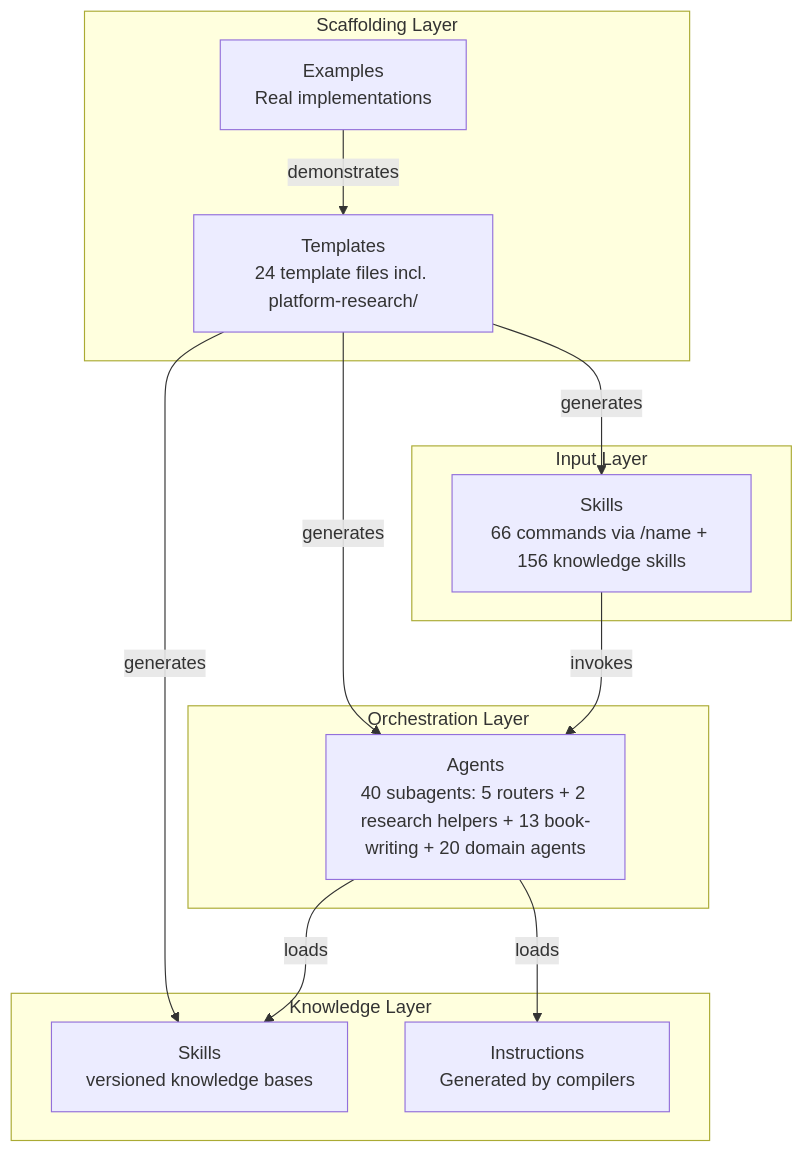
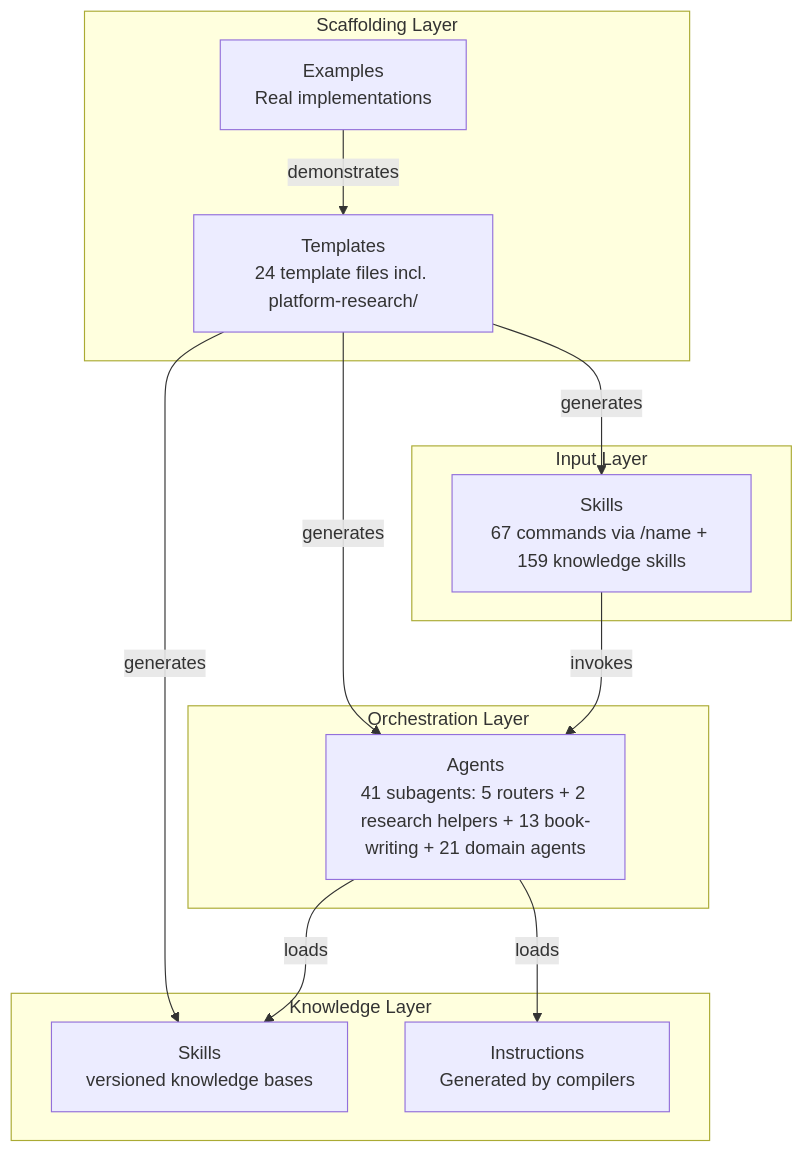
One commit to rodrigo-mendes/agents-factory changed the second of 5 diagrams in docs/visao-geral.md. Above: the diagram before and after it, drawn with Mermaid. The commit also changed 6 other files, not shown here.

````diff
--- a/docs/visao-geral.md
+++ b/docs/visao-geral.md
@@ -24,28 +24,28 @@
 ```mermaid
 graph TD
     subgraph "Input Layer"
-        P[Skills<br/>66 commands via /name + 156 knowledge skills]
+        P[Skills<br/>67 commands via /name + 159 knowledge skills]
     end
 
     subgraph "Orchestration Layer"
-        AG[Agents<br/>40 subagents: 5 routers + 2 research helpers + 13 book-writing + 20 domain agents]
+        AG[Agents<br/>41 subagents: 5 routers + 2 research helpers + 13 book-writing + 21 domain agents]
     end
 
     subgraph "Knowledge Layer"
         S[Skills<br/>versioned knowledge bases]
         I[Instructions<br/>Generated by compilers]
     end
 
     subgraph "Scaffolding Layer"
         T[Templates<br/>24 template files incl. platform-research/]
         E[Examples<br/>Real implementations]
     end
 
     P -->|invokes| AG
     AG -->|loads| S
     AG -->|loads| I
     T -->|generates| P
     T -->|generates| AG
     T -->|generates| S
     E -->|demonstrates| T
 ```
````
